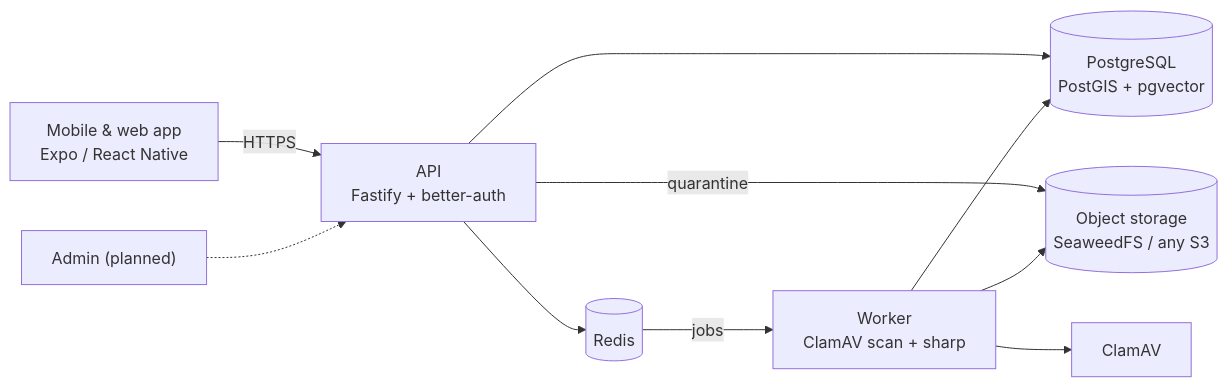
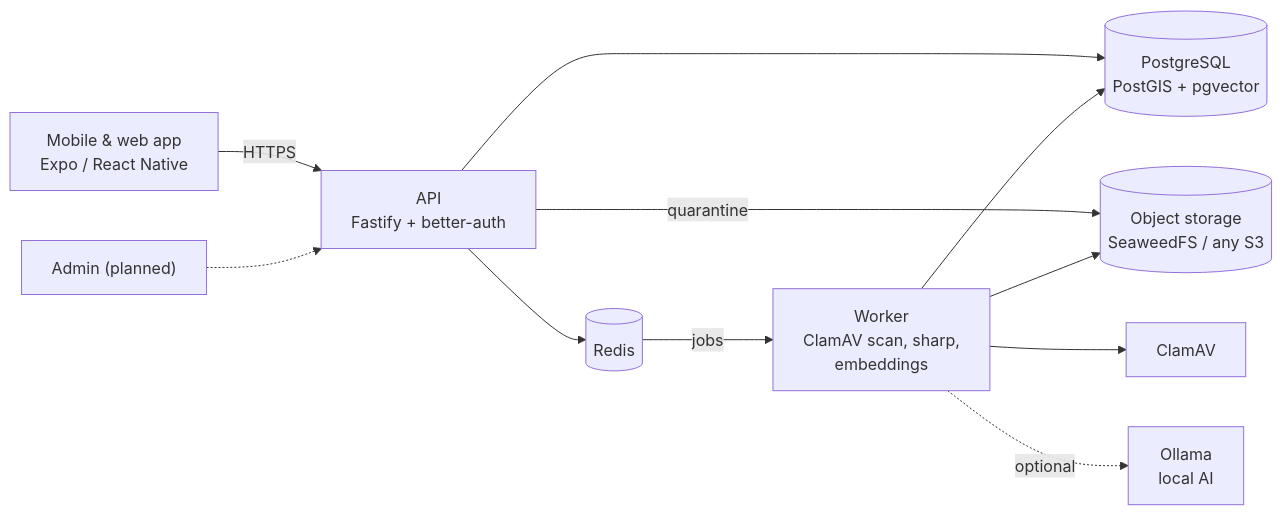
One commit to diamondrubinny/Dateos changed the diagram in README.md. Above: the diagram before and after it, drawn with Mermaid. The commit also changed other lines of this file and 68 other files, not shown here.

First line of the commit message:
feat(phase-2): app discovery UI, demo seed, Ollama embeddings, docs

````diff
--- a/README.md
+++ b/README.md
@@ -91,12 +107,13 @@
 ```mermaid
 flowchart LR
   app["Mobile & web app<br/>Expo / React Native"] -- HTTPS --> api["API<br/>Fastify + better-auth"]
   admin["Admin (planned)"] -.-> api
   api --> pg[("PostgreSQL<br/>PostGIS + pgvector")]
   api --> redis[("Redis")]
   api -- quarantine --> s3[("Object storage<br/>SeaweedFS / any S3")]
-  redis -- jobs --> worker["Worker<br/>ClamAV scan + sharp"]
+  redis -- jobs --> worker["Worker<br/>ClamAV scan, sharp,<br/>embeddings"]
   worker --> s3
   worker --> pg
   worker --> clam["ClamAV"]
+  worker -. optional .-> ollama["Ollama<br/>local AI"]
 ```
````
